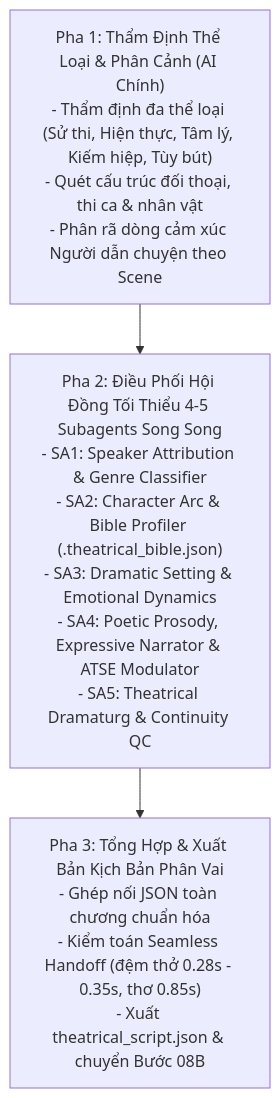
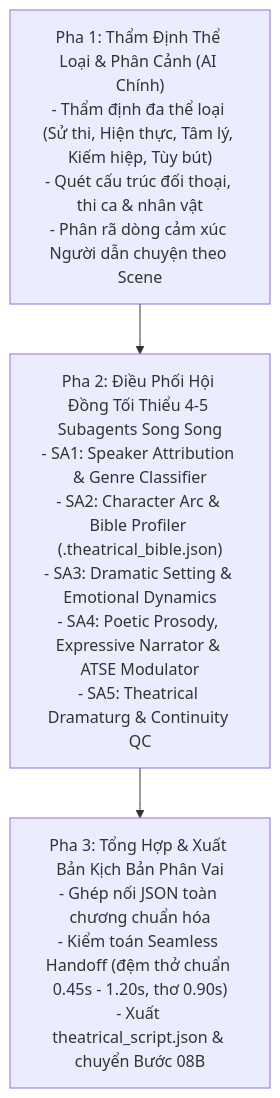
Before and after one commit to tibe2109/audio-book-refactor: the diagram in .agy/skills/arf_08a_theatrical_voice_director/SKILL.md, drawn with Mermaid. The commit also changed other lines of this file and 657 other files, not shown here.

````diff
--- a/.agy/skills/arf_08a_theatrical_voice_director/SKILL.md
+++ b/.agy/skills/arf_08a_theatrical_voice_director/SKILL.md
@@ -135,5 +140,5 @@
 ```mermaid
 flowchart TD
     P1["Pha 1: Thẩm Định Thể Loại & Phân Cảnh (AI Chính)\n- Thẩm định đa thể loại (Sử thi, Hiện thực, Tâm lý, Kiếm hiệp, Tùy bút)\n- Quét cấu trúc đối thoại, thi ca & nhân vật\n- Phân rã dòng cảm xúc Người dẫn chuyện theo Scene"] --> P2["Pha 2: Điều Phối Hội Đồng Tối Thiểu 4-5 Subagents Song Song\n- SA1: Speaker Attribution & Genre Classifier\n- SA2: Character Arc & Bible Profiler (.theatrical_bible.json)\n- SA3: Dramatic Setting & Emotional Dynamics\n- SA4: Poetic Prosody, Expressive Narrator & ATSE Modulator\n- SA5: Theatrical Dramaturg & Continuity QC"]
-    P2 --> P3["Pha 3: Tổng Hợp & Xuất Bản Kịch Bản Phân Vai\n- Ghép nối JSON toàn chương chuẩn hóa\n- Kiểm toán Seamless Handoff (đệm thở 0.28s - 0.35s, thơ 0.85s)\n- Xuất theatrical_script.json & chuyển Bước 08B"]
+    P2 --> P3["Pha 3: Tổng Hợp & Xuất Bản Kịch Bản Phân Vai\n- Ghép nối JSON toàn chương chuẩn hóa\n- Kiểm toán Seamless Handoff (đệm thở chuẩn 0.45s - 1.20s, thơ 0.90s)\n- Xuất theatrical_script.json & chuyển Bước 08B"]
 ```
````
